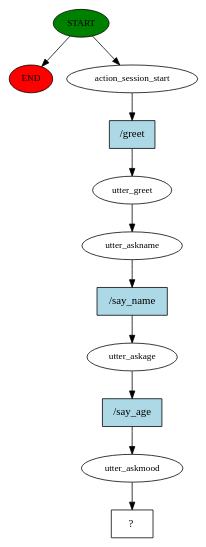
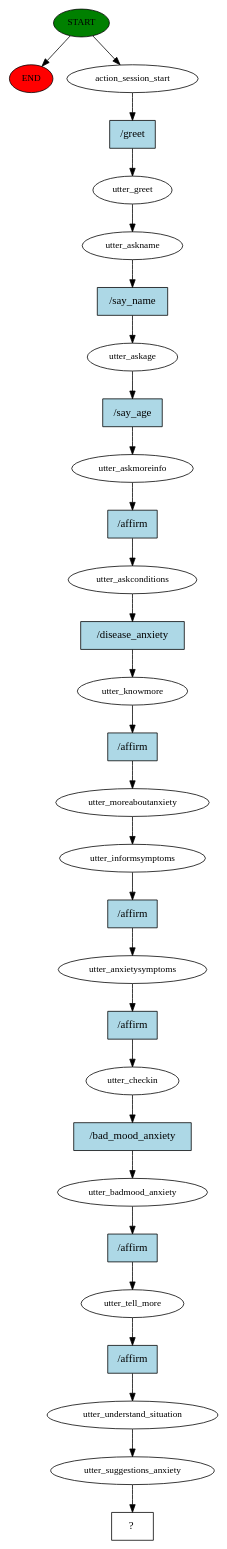
One commit to josemmsantos14/-ambinteligentes_tp2 changed the diagram in chatbot/story_graph.dot. Above: the diagram before and after it, drawn with Graphviz. The commit also changed 135 other files, not shown here.

```diff
--- a/chatbot/story_graph.dot
+++ b/chatbot/story_graph.dot
@@ -1,23 +1,59 @@
 digraph  {
 0 [class="start active", fillcolor=green, fontsize=12, label=START, style=filled];
 "-1" [class=end, fillcolor=red, fontsize=12, label=END, style=filled];
 1 [class=active, fontsize=12, label=action_session_start];
 2 [class=active, fontsize=12, label=utter_greet];
 3 [class=active, fontsize=12, label=utter_askname];
 4 [class=active, fontsize=12, label=utter_askage];
-5 [class=active, fontsize=12, label=utter_askmood];
-6 [class="intent dashed active", label="  ?  ", shape=rect];
-7 [class="intent active", fillcolor=lightblue, label="/greet", shape=rect, style=filled];
-8 [class="intent active", fillcolor=lightblue, label="/say_name", shape=rect, style=filled];
-9 [class="intent active", fillcolor=lightblue, label="/say_age", shape=rect, style=filled];
+5 [class=active, fontsize=12, label=utter_askmoreinfo];
+6 [class=active, fontsize=12, label=utter_askconditions];
+7 [class=active, fontsize=12, label=utter_knowmore];
+8 [class=active, fontsize=12, label=utter_moreaboutanxiety];
+9 [class=active, fontsize=12, label=utter_informsymptoms];
+10 [class=active, fontsize=12, label=utter_anxietysymptoms];
+11 [class=active, fontsize=12, label=utter_checkin];
+12 [class=active, fontsize=12, label=utter_badmood_anxiety];
+13 [class=active, fontsize=12, label=utter_tell_more];
+14 [class=active, fontsize=12, label=utter_understand_situation];
+15 [class=active, fontsize=12, label=utter_suggestions_anxiety];
+16 [class="intent dashed active", label="  ?  ", shape=rect];
+17 [class="intent active", fillcolor=lightblue, label="/greet", shape=rect, style=filled];
+18 [class="intent active", fillcolor=lightblue, label="/say_name", shape=rect, style=filled];
+19 [class="intent active", fillcolor=lightblue, label="/say_age", shape=rect, style=filled];
+20 [class="intent active", fillcolor=lightblue, label="/affirm", shape=rect, style=filled];
+21 [class="intent active", fillcolor=lightblue, label="/disease_anxiety", shape=rect, style=filled];
+22 [class="intent active", fillcolor=lightblue, label="/affirm", shape=rect, style=filled];
+23 [class="intent active", fillcolor=lightblue, label="/affirm", shape=rect, style=filled];
+24 [class="intent active", fillcolor=lightblue, label="/affirm", shape=rect, style=filled];
+25 [class="intent active", fillcolor=lightblue, label="/bad_mood_anxiety", shape=rect, style=filled];
+26 [class="intent active", fillcolor=lightblue, label="/affirm", shape=rect, style=filled];
+27 [class="intent active", fillcolor=lightblue, label="/affirm", shape=rect, style=filled];
 0 -> "-1"  [class="", key=NONE, label=""];
 0 -> 1  [class=active, key=NONE, label=""];
-1 -> 7  [class=active, key=0];
+1 -> 17  [class=active, key=0];
 2 -> 3  [class=active, key=NONE, label=""];
-3 -> 8  [class=active, key=0];
-4 -> 9  [class=active, key=0];
-5 -> 6  [class=active, key=NONE, label=""];
-7 -> 2  [class=active, key=0];
-8 -> 4  [class=active, key=0];
-9 -> 5  [class=active, key=0];
+3 -> 18  [class=active, key=0];
+4 -> 19  [class=active, key=0];
+5 -> 20  [class=active, key=0];
+6 -> 21  [class=active, key=0];
+7 -> 22  [class=active, key=0];
+8 -> 9  [class=active, key=NONE, label=""];
+9 -> 23  [class=active, key=0];
+10 -> 24  [class=active, key=0];
+11 -> 25  [class=active, key=0];
+12 -> 26  [class=active, key=0];
+13 -> 27  [class=active, key=0];
+14 -> 15  [class=active, key=NONE, label=""];
+15 -> 16  [class=active, key=NONE, label=""];
+17 -> 2  [class=active, key=0];
+18 -> 4  [class=active, key=0];
+19 -> 5  [class=active, key=0];
+20 -> 6  [class=active, key=0];
+21 -> 7  [class=active, key=0];
+22 -> 8  [class=active, key=0];
+23 -> 10  [class=active, key=0];
+24 -> 11  [class=active, key=0];
+25 -> 12  [class=active, key=0];
+26 -> 13  [class=active, key=0];
+27 -> 14  [class=active, key=0];
 }
```
